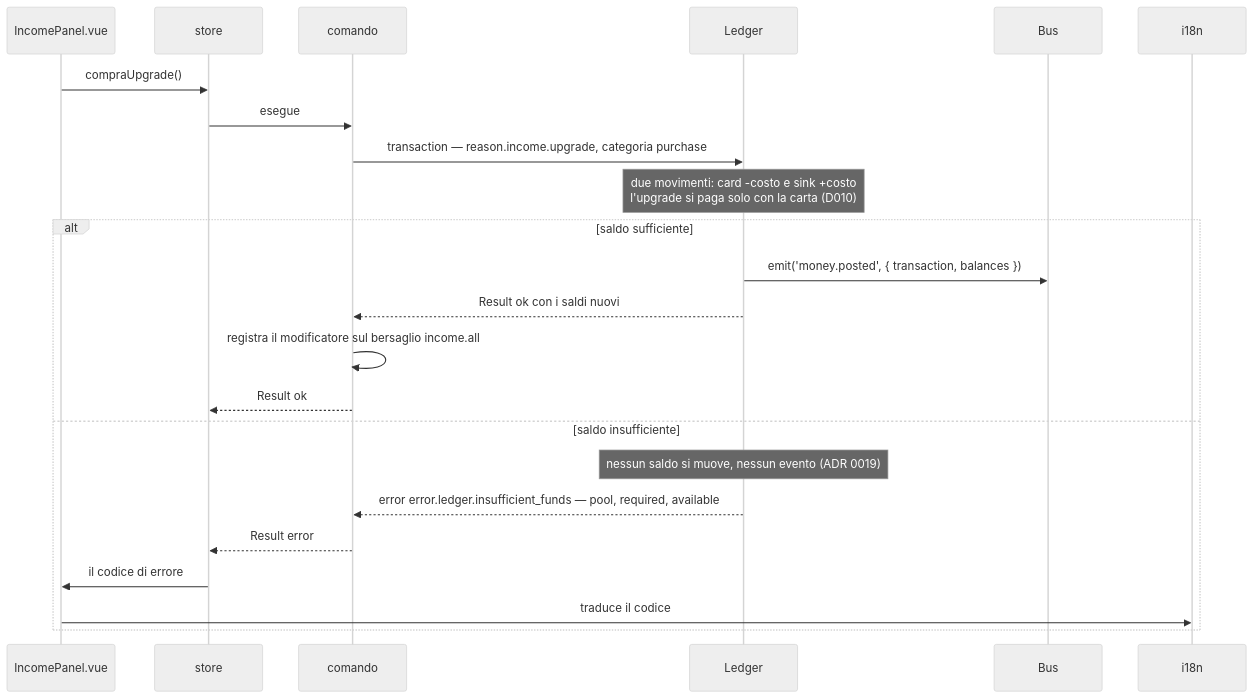
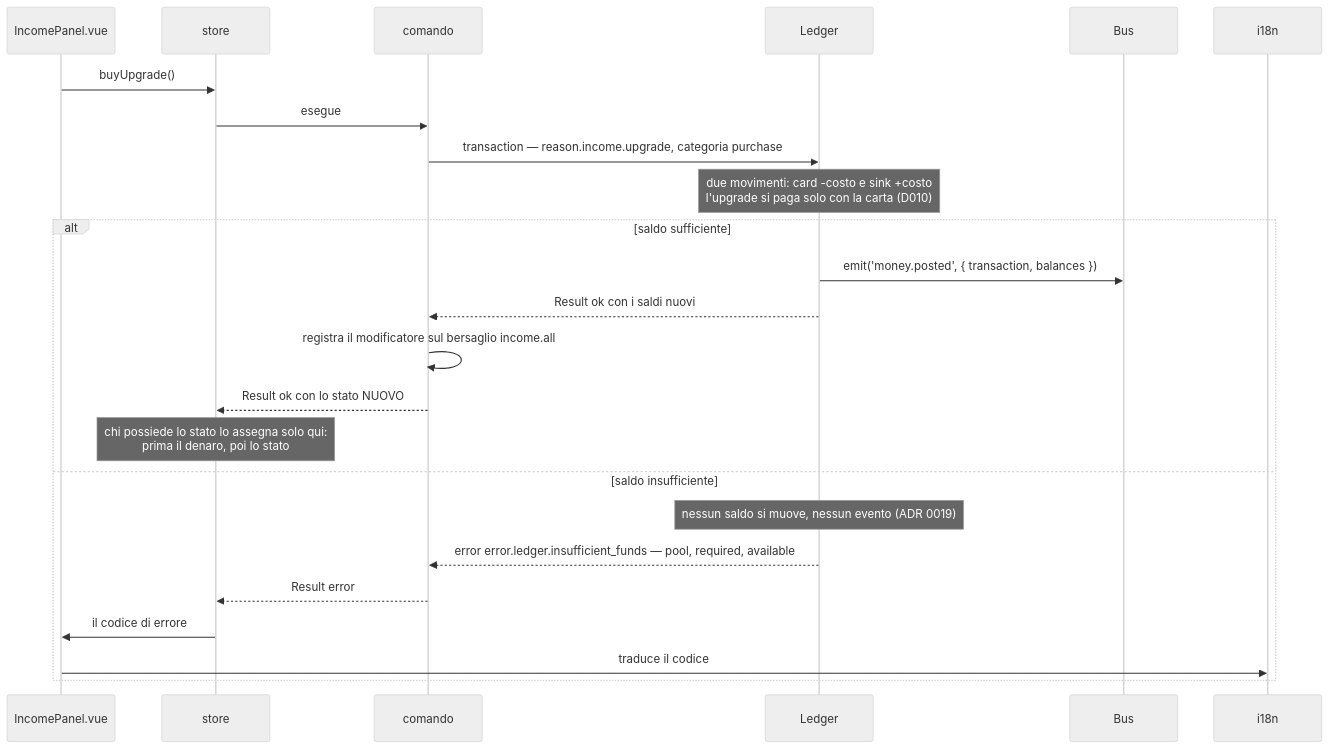
The third of 3 diagrams in docs/design/flusso-tick.md (devfrx/solvent), drawn with Mermaid (neutral theme) before and after one commit. The commit also changed other lines of this file and 18 other files, not shown here.

First line of the commit message:
feat(D010): il primo dominio - reddito in contanti, upgrade con la carta

````diff
--- a/docs/design/flusso-tick.md
+++ b/docs/design/flusso-tick.md
@@ -86,26 +86,27 @@
 ```mermaid
 sequenceDiagram
     participant C as IncomePanel.vue
     participant ST as store
     participant CMD as comando
     participant LG as Ledger
     participant B as Bus
     participant I as i18n
 
-    C->>ST: compraUpgrade()
+    C->>ST: buyUpgrade()
     ST->>CMD: esegue
     CMD->>LG: transaction — reason.income.upgrade, categoria purchase
     Note over LG: due movimenti: card -costo e sink +costo<br/>l'upgrade si paga solo con la carta (D010)
     alt saldo sufficiente
         LG->>B: emit('money.posted', { transaction, balances })
         LG-->>CMD: Result ok con i saldi nuovi
         CMD->>CMD: registra il modificatore sul bersaglio income.all
-        CMD-->>ST: Result ok
+        CMD-->>ST: Result ok con lo stato NUOVO
+        Note over ST: chi possiede lo stato lo assegna solo qui:<br/>prima il denaro, poi lo stato
     else saldo insufficiente
         Note over LG: nessun saldo si muove, nessun evento (ADR 0019)
         LG-->>CMD: error error.ledger.insufficient_funds — pool, required, available
         CMD-->>ST: Result error
         ST->>C: il codice di errore
         C->>I: traduce il codice
     end
 ```
````
